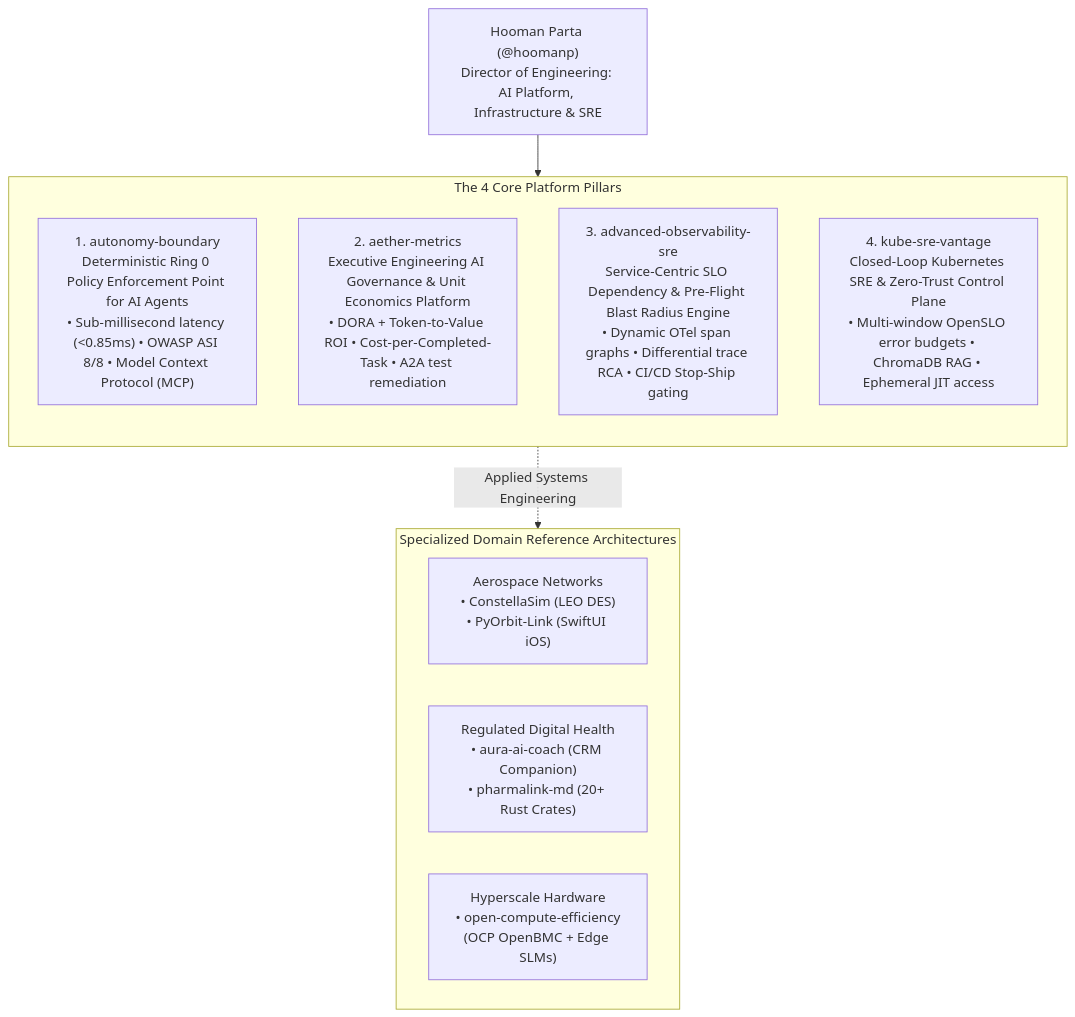
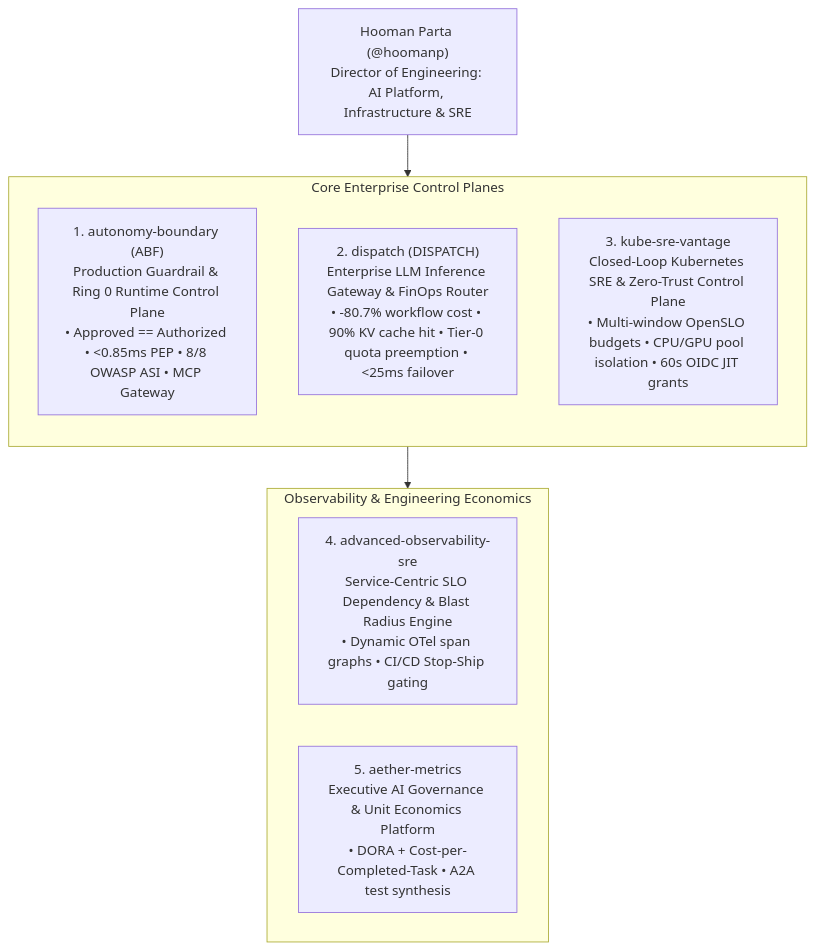
The diagram in README.md (hoomanp/hoomanp), drawn with Mermaid before and after one commit. The commit also changed other lines of this file, not shown here.

Commit message:
docs: streamline executive profile around ABF, DISPATCH, and core SRE control planes

````diff
--- a/README.md
+++ b/README.md
@@ -41,22 +41,20 @@
 ```mermaid
 flowchart TD
     Profile["Hooman Parta (@hoomanp)\nDirector of Engineering: AI Platform, Infrastructure & SRE"]
 
-    subgraph CorePillars["The 4 Core Platform Pillars"]
+    subgraph Flagships["Core Enterprise Control Planes"]
         direction TB
-        ABF["1. autonomy-boundary\nDeterministic Ring 0 Policy Enforcement Point for AI Agents\n• Sub-millisecond latency (<0.85ms) • OWASP ASI 8/8 • Model Context Protocol (MCP)"]
-        Aether["2. aether-metrics\nExecutive Engineering AI Governance & Unit Economics Platform\n• DORA + Token-to-Value ROI • Cost-per-Completed-Task • A2A test remediation"]
-        AdvObs["3. advanced-observability-sre\nService-Centric SLO Dependency & Pre-Flight Blast Radius Engine\n• Dynamic OTel span graphs • Differential trace RCA • CI/CD Stop-Ship gating"]
-        KubeSRE["4. kube-sre-vantage\nClosed-Loop Kubernetes SRE & Zero-Trust Control Plane\n• Multi-window OpenSLO error budgets • ChromaDB RAG • Ephemeral JIT access"]
+        ABF["1. autonomy-boundary (ABF)\nProduction Guardrail & Ring 0 Runtime Control Plane\n• Approved == Authorized • <0.85ms PEP • 8/8 OWASP ASI • MCP Gateway"]
+        Dispatch["2. dispatch (DISPATCH)\nEnterprise LLM Inference Gateway & FinOps Router\n• -80.7% workflow cost • 90% KV cache hit • Tier-0 quota preemption • <25ms failover"]
+        KubeSRE["3. kube-sre-vantage\nClosed-Loop Kubernetes SRE & Zero-Trust Control Plane\n• Multi-window OpenSLO budgets • CPU/GPU pool isolation • 60s OIDC JIT grants"]
     end
 
-    subgraph DomainRefs["Specialized Domain Reference Architectures"]
+    subgraph GovernanceTelemetry["Observability & Engineering Economics"]
         direction LR
-        Space["Aerospace Networks\n• ConstellaSim (LEO DES)\n• PyOrbit-Link (SwiftUI iOS)"]
-        Health["Regulated Digital Health\n• aura-ai-coach (CRM Companion)\n• pharmalink-md (20+ Rust Crates)"]
-        Hardware["Hyperscale Hardware\n• open-compute-efficiency\n(OCP OpenBMC + Edge SLMs)"]
+        AdvObs["4. advanced-observability-sre\nService-Centric SLO Dependency & Blast Radius Engine\n• Dynamic OTel span graphs • CI/CD Stop-Ship gating"]
+        Aether["5. aether-metrics\nExecutive AI Governance & Unit Economics Platform\n• DORA + Cost-per-Completed-Task • A2A test synthesis"]
     end
 
-    Profile --> CorePillars
-    CorePillars -.->|Applied Systems Engineering| DomainRefs
+    Profile --> Flagships
+    Flagships --> GovernanceTelemetry
 ```
````
